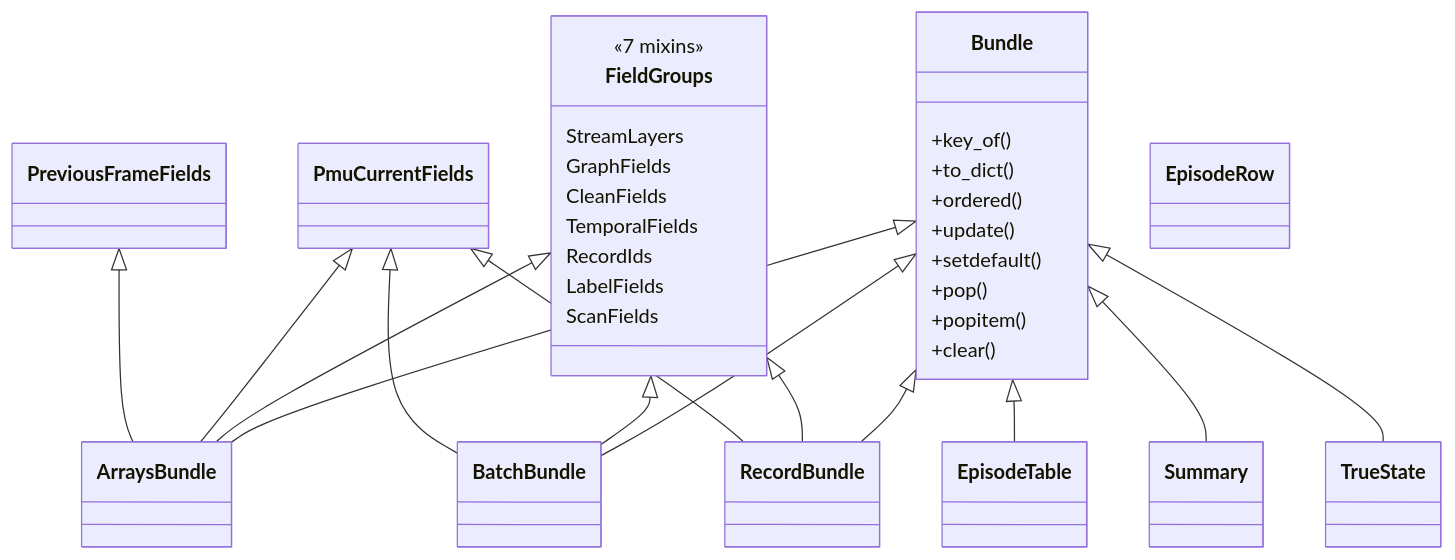
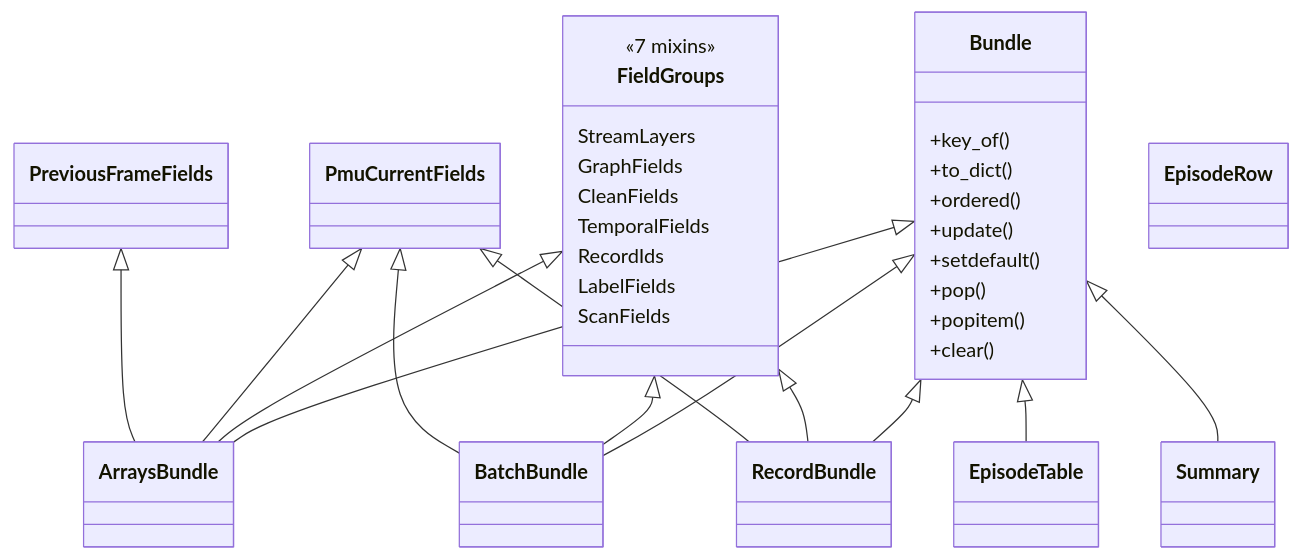
One commit to myersben9/fdia-graph changed the diagram in docs/figures/diagrams/classes_models.mmd. Above: the diagram before and after it, drawn with Mermaid. The commit also changed 206 other files, not shown here.

First line of the commit message:
Two toolkits in one repository: fdia-graph generates and loads, fdia-analysis analyses (#247)

```diff
--- a/docs/figures/diagrams/classes_models.mmd
+++ b/docs/figures/diagrams/classes_models.mmd
@@ -1,52 +1,49 @@
 classDiagram
     class FieldGroups {
         <<7 mixins>>
         StreamLayers
         GraphFields
         CleanFields
         TemporalFields
         RecordIds
         LabelFields
         ScanFields
     }
     class Bundle {
         +key_of()
         +to_dict()
         +ordered()
         +update()
         +setdefault()
         +pop()
         +popitem()
         +clear()
     }
     class PreviousFrameFields {
     }
     class PmuCurrentFields {
     }
     class RecordBundle {
     }
     class BatchBundle {
     }
     class ArraysBundle {
     }
     class EpisodeTable {
     }
     class EpisodeRow {
     }
     class Summary {
     }
-    class TrueState {
-    }
     Bundle <|-- ArraysBundle
     Bundle <|-- BatchBundle
     Bundle <|-- EpisodeTable
     Bundle <|-- RecordBundle
     Bundle <|-- Summary
-    Bundle <|-- TrueState
     FieldGroups <|-- ArraysBundle
     FieldGroups <|-- BatchBundle
     FieldGroups <|-- RecordBundle
     PmuCurrentFields <|-- ArraysBundle
     PmuCurrentFields <|-- BatchBundle
     PmuCurrentFields <|-- RecordBundle
     PreviousFrameFields <|-- ArraysBundle
```
